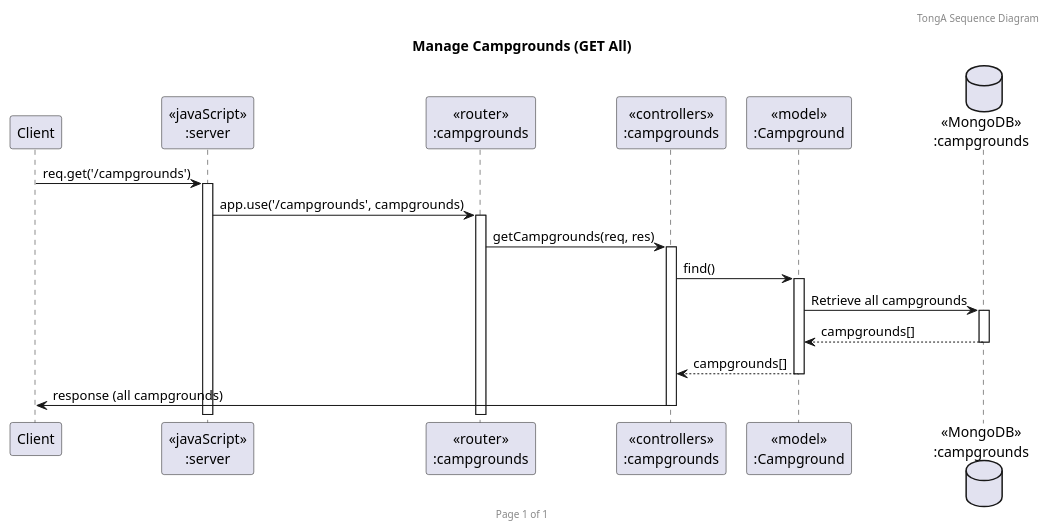
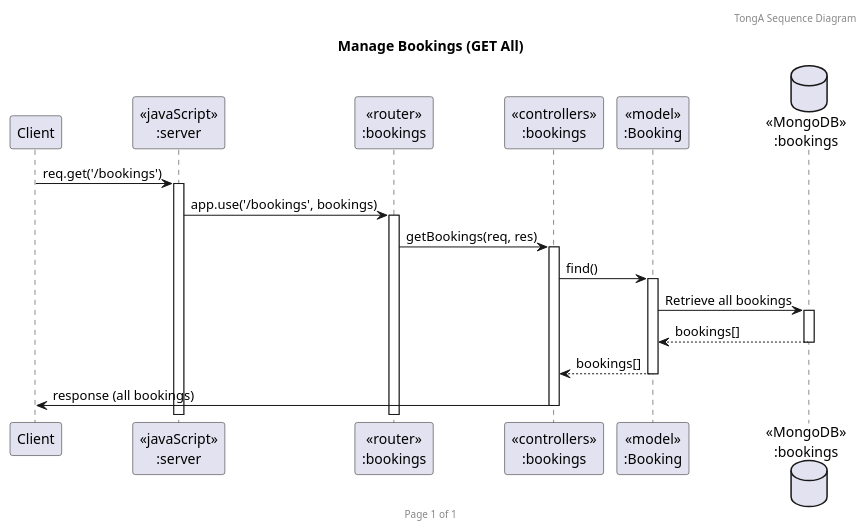
One commit to 2110503-2564/fe-project-2024-2-tong-a changed the diagram in plantuml/getAll.puml. Above: the diagram before and after it, drawn with PlantUML. The commit also changed 5 other files, not shown here.

```diff
--- a/plantuml/getAll.puml
+++ b/plantuml/getAll.puml
@@ -1,23 +1,23 @@
-@startuml Manage Campgrounds (GET All)
+@startuml Manage Bookings (GET All)
 
 header TongA Sequence Diagram
 footer Page %page% of %lastpage%
-title "Manage Campgrounds (GET All)"
+title "Manage Bookings (GET All)"
 
 participant "Client" as client
 participant "<<javaScript>>\n:server" as server
-participant "<<router>>\n:campgrounds" as routerCampgrounds
-participant "<<controllers>>\n:campgrounds" as controllersCampgrounds
-participant "<<model>>\n:Campground" as modelCampground
-database "<<MongoDB>>\n:campgrounds" as CampgroundsDatabase
+participant "<<router>>\n:bookings" as routerBookings
+participant "<<controllers>>\n:bookings" as controllersBookings
+participant "<<model>>\n:Booking" as modelBooking
+database "<<MongoDB>>\n:bookings" as BookingsDatabase
 
-client->server ++: req.get('/campgrounds')
-server->routerCampgrounds ++: app.use('/campgrounds', campgrounds)
-routerCampgrounds -> controllersCampgrounds ++: getCampgrounds(req, res)
-controllersCampgrounds->modelCampground ++: find()
-modelCampground -> CampgroundsDatabase ++: Retrieve all campgrounds
-CampgroundsDatabase --> modelCampground --: campgrounds[]
-controllersCampgrounds <-- modelCampground --: campgrounds[]
-controllersCampgrounds->client --: response (all campgrounds)
+client->server ++: req.get('/bookings')
+server->routerBookings ++: app.use('/bookings', bookings)
+routerBookings -> controllersBookings ++: getBookings(req, res)
+controllersBookings->modelBooking ++: find()
+modelBooking -> BookingsDatabase ++: Retrieve all bookings
+BookingsDatabase --> modelBooking --: bookings[]
+controllersBookings <-- modelBooking --: bookings[]
+controllersBookings->client --: response (all bookings)
 
 @enduml
```
